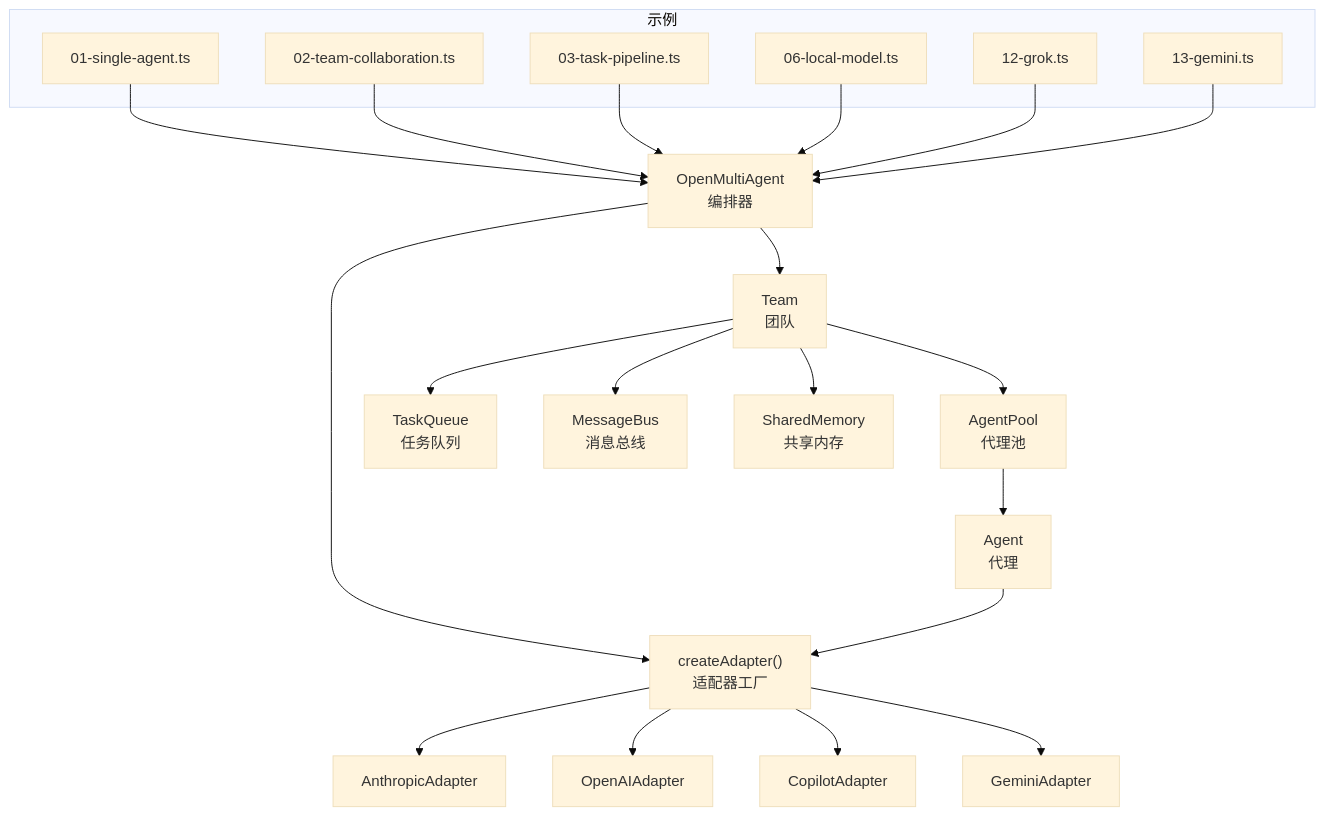
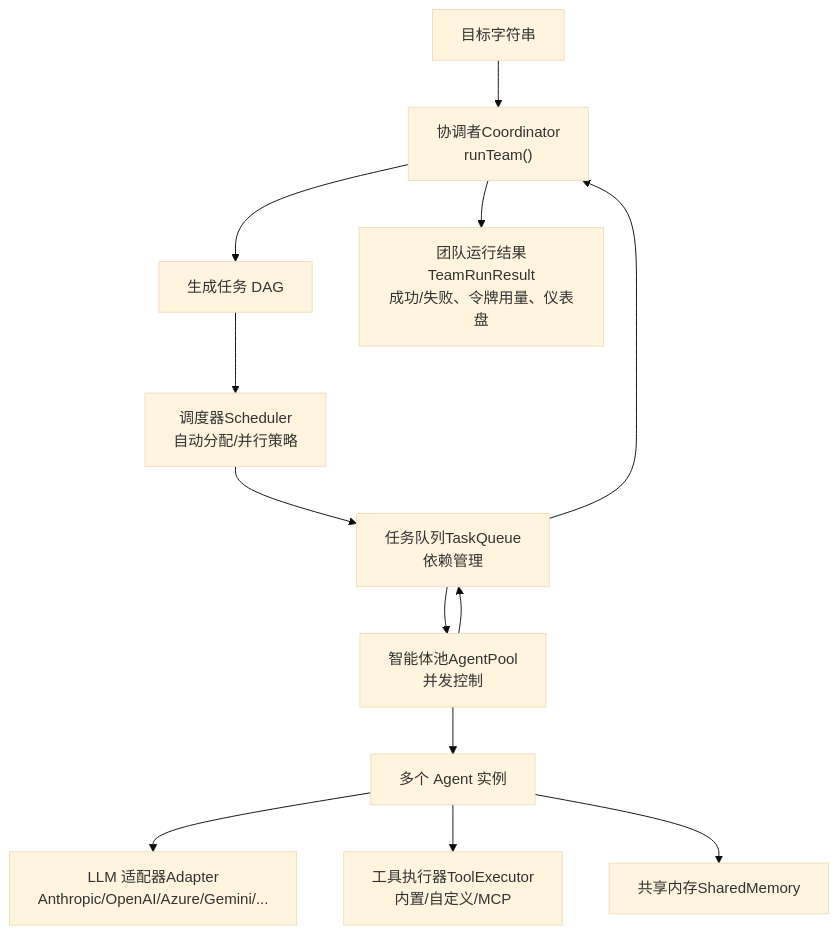
One commit to haolange/open-multi-agent changed the second of 3 diagrams in .qoder/repowiki/zh/content/快速开始.md. Above: the diagram before and after it, drawn with Mermaid (base theme). The commit also changed other lines of this file and 100 other files, not shown here.

````diff
--- a/.qoder/repowiki/zh/content/快速开始.md
+++ b/.qoder/repowiki/zh/content/快速开始.md
@@ -136,41 +112,15 @@
 ```mermaid
 graph TB
-subgraph "示例"
-EX01["01-single-agent.ts"]
-EX02["02-team-collaboration.ts"]
-EX03["03-task-pipeline.ts"]
-EX06["06-local-model.ts"]
-EX12["12-grok.ts"]
-EX13["13-gemini.ts"]
-end
-OM["OpenMultiAgent<br/>编排器"]
-TEAM["Team<br/>团队"]
-POOL["AgentPool<br/>代理池"]
-AG["Agent<br/>代理"]
-TQ["TaskQueue<br/>任务队列"]
-BUS["MessageBus<br/>消息总线"]
-MEM["SharedMemory<br/>共享内存"]
-ADP["createAdapter()<br/>适配器工厂"]
-ANT["AnthropicAdapter"]
-OAI["OpenAIAdapter"]
-CPI["CopilotAdapter"]
-GMI["GeminiAdapter"]
-EX01 --> OM
-EX02 --> OM
-EX03 --> OM
-EX06 --> OM
-EX12 --> OM
-EX13 --> OM
-OM --> TEAM
-TEAM --> POOL
-TEAM --> TQ
-TEAM --> BUS
-TEAM --> MEM
-OM --> ADP
-ADP --> ANT
-ADP --> OAI
-ADP --> CPI
-ADP --> GMI
-POOL --> AG
-AG --> ADP
+GOAL["目标字符串"] --> COORD["协调者Coordinator<br/>runTeam()"]
+COORD --> PLAN["生成任务 DAG"]
+PLAN --> SCHED["调度器Scheduler<br/>自动分配/并行策略"]
+SCHED --> QUEUE["任务队列TaskQueue<br/>依赖管理"]
+QUEUE --> POOL["智能体池AgentPool<br/>并发控制"]
+POOL --> AGENTS["多个 Agent 实例"]
+AGENTS --> LLM["LLM 适配器Adapter<br/>Anthropic/OpenAI/Azure/Gemini/..."]
+AGENTS --> TOOLS["工具执行器ToolExecutor<br/>内置/自定义/MCP"]
+AGENTS --> MEM["共享内存SharedMemory"]
+POOL --> QUEUE
+QUEUE --> COORD
+COORD --> RESULT["团队运行结果TeamRunResult<br/>成功/失败、令牌用量、仪表盘"]
 ```
````
